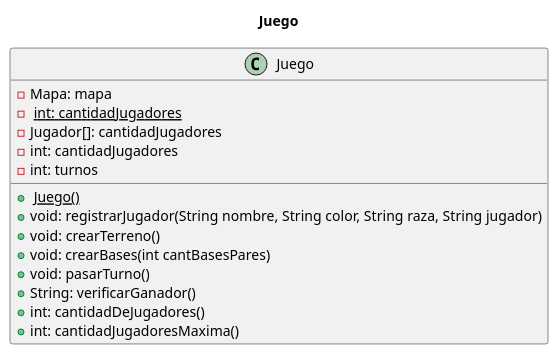
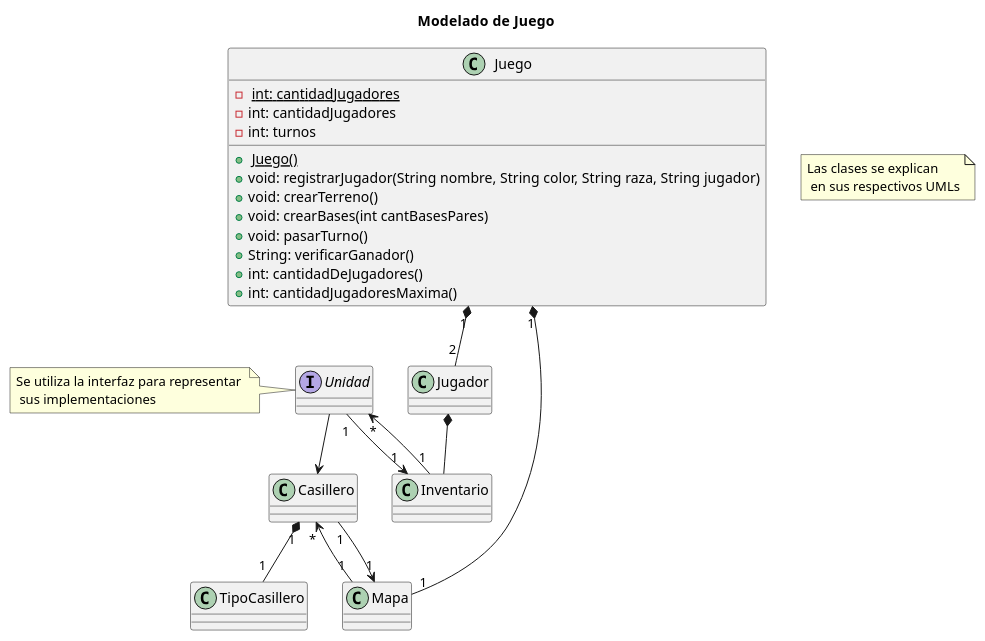
One commit to m-cabrerar/AlgoStar changed the diagram in diagrams/classes/Juego.puml. Above: the diagram before and after it, drawn with PlantUML. The commit also changed 6 other files, not shown here.

Commit message:
Actualizacion UMLs y UML vida

```diff
--- a/diagrams/classes/Juego.puml
+++ b/diagrams/classes/Juego.puml
@@ -1,21 +1,35 @@
 @startuml
 'https://plantuml.com/class-diagram
-title Juego
+title Modelado de  Juego
+note "Las clases se explican\n en sus respectivos UMLs" as N1
 
 class Juego {
-- Mapa: mapa
 - <u> int: cantidadJugadores
-- Jugador[]: cantidadJugadores
 - int: cantidadJugadores
 - int: turnos
 
 +<u> Juego()
 + void: registrarJugador(String nombre, String color, String raza, String jugador)
 + void: crearTerreno()
 + void: crearBases(int cantBasesPares)
 + void: pasarTurno()
 + String: verificarGanador()
 + int: cantidadDeJugadores()
 + int: cantidadJugadoresMaxima()
 }
+
+interface Unidad{}
+note left: Se utiliza la interfaz para representar \n sus implementaciones
+
+Juego"1" *-- "2"Jugador
+Juego"1" *-- "1"Mapa
+Jugador *-- Inventario
+Inventario "1" --> " *" Unidad
+
+Unidad --> Casillero
+Unidad "1"--> "1" Inventario
+
+Mapa "1" <-- "1" Casillero
+Casillero "*" <-- "1" Mapa
+Casillero "1" *-- "1" TipoCasillero
 @enduml
```
